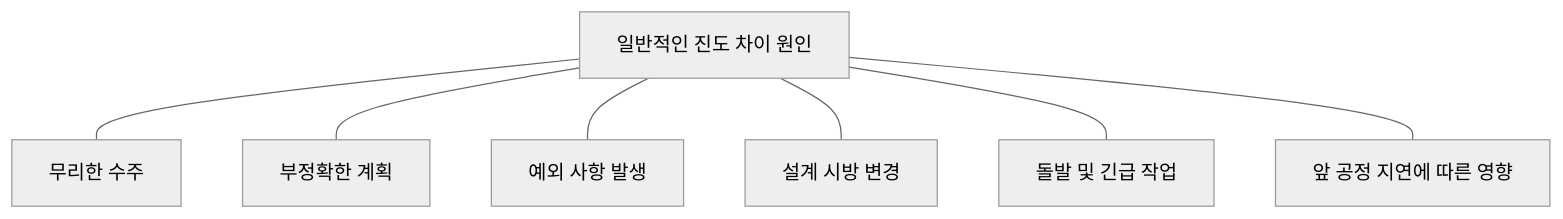
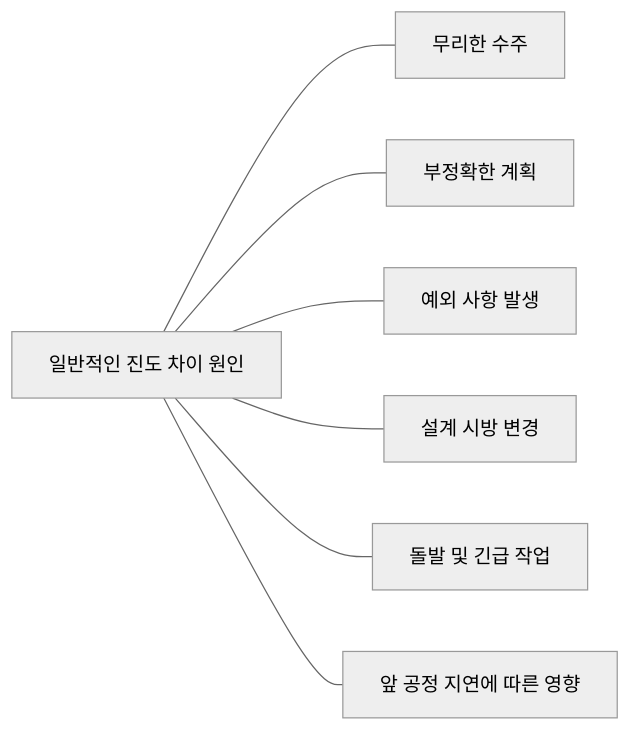
The second of 9 diagrams in 2-2.프로세스 진도관리.qmd (yeonkyupark/PEPC), drawn with Mermaid (neutral theme) before and after one commit. The commit also changed other lines of this file, not shown here.

Commit message:
Update 2-2.프로세스 진도관리.qmd

````diff
--- a/2-2.프로세스 진도관리.qmd
+++ b/2-2.프로세스 진도관리.qmd
@@ -142,12 +142,12 @@
 ```{mermaid}
-flowchart TB
+flowchart LR
 0[일반적인 진도 차이 원인]
 11[무리한 수주]
 12[부정확한 계획]
 13[예외 사항 발생]
 14[설계 시방 변경]
 15[돌발 및 긴급 작업]
 16[앞 공정 지연에 따른 영향]
 
 0 --- 11 & 12 & 13 & 14 & 15 & 16
 ```
````
